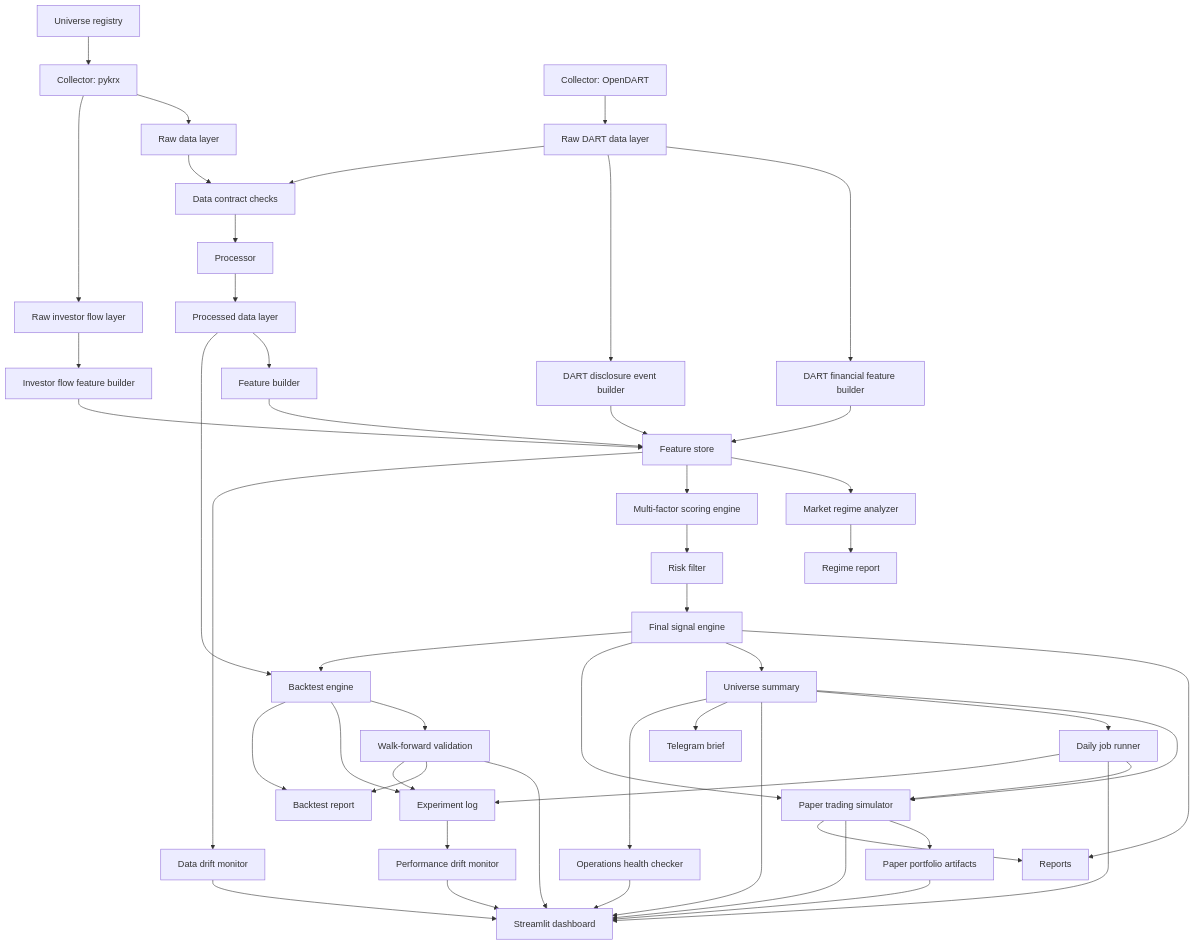
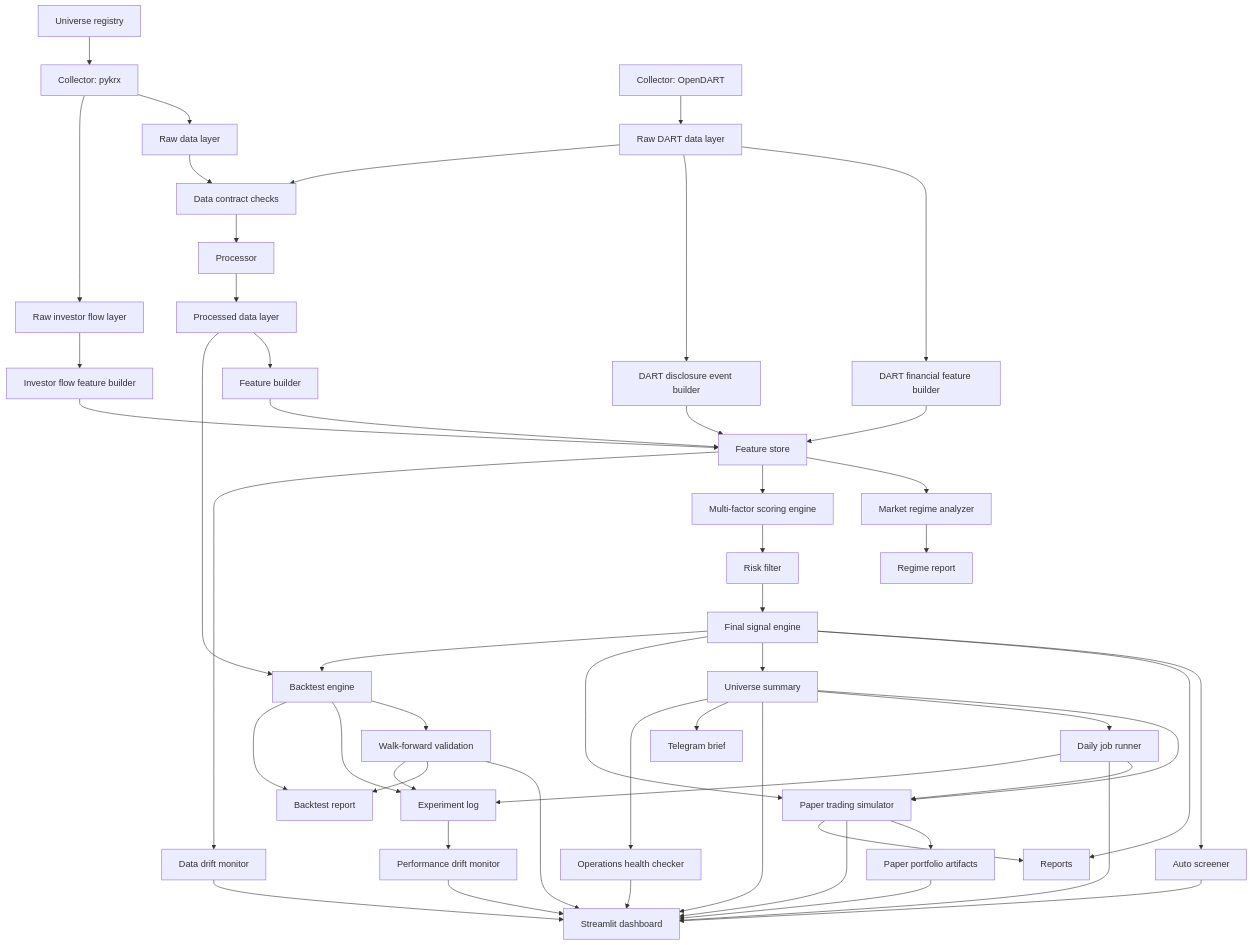
One commit to pkb0728-lgtm/krx-alpha-platform changed the diagram in docs/architecture.md. Above: the diagram before and after it, drawn with Mermaid. The commit also changed other lines of this file and 16 other files, not shown here.

Commit message:
Add auto screener shortlist

````diff
--- a/docs/architecture.md
+++ b/docs/architecture.md
@@ -11,52 +11,54 @@
 ```mermaid
 flowchart TD
     U["Universe registry"] --> A
     A["Collector: pykrx"] --> B["Raw data layer"]
     A --> W["Raw investor flow layer"]
     X["Collector: OpenDART"] --> Y["Raw DART data layer"]
     Y --> Z["DART financial feature builder"]
     Y --> V["DART disclosure event builder"]
     Z --> G
     V --> G
     W --> S["Investor flow feature builder"]
     S --> G
     B --> C["Data contract checks"]
     Y --> C
     C --> D["Processor"]
     D --> E["Processed data layer"]
     E --> F["Feature builder"]
     F --> G["Feature store"]
     G --> R["Market regime analyzer"]
     G --> H["Multi-factor scoring engine"]
     H --> I["Risk filter"]
     I --> J["Final signal engine"]
+    J --> SC["Auto screener"]
     J --> K["Reports"]
     J --> L["Universe summary"]
     J --> PT["Paper trading simulator"]
     L --> PT
     L --> DJ["Daily job runner"]
     DJ --> PT
     L --> M["Streamlit dashboard"]
+    SC --> M
     PT --> PA["Paper portfolio artifacts"]
     PT --> M
     PT --> K
     PA --> M
     DJ --> M
     L --> T["Telegram brief"]
     J --> N["Backtest engine"]
     E --> N
     N --> Q["Walk-forward validation"]
     N --> EL["Experiment log"]
     EL --> PD["Performance drift monitor"]
     G --> DD["Data drift monitor"]
     L --> OH["Operations health checker"]
     N --> O["Backtest report"]
     Q --> M
     Q --> O
     Q --> EL
     DJ --> EL
     PD --> M
     DD --> M
     OH --> M
     R --> P["Regime report"]
 ```
````
